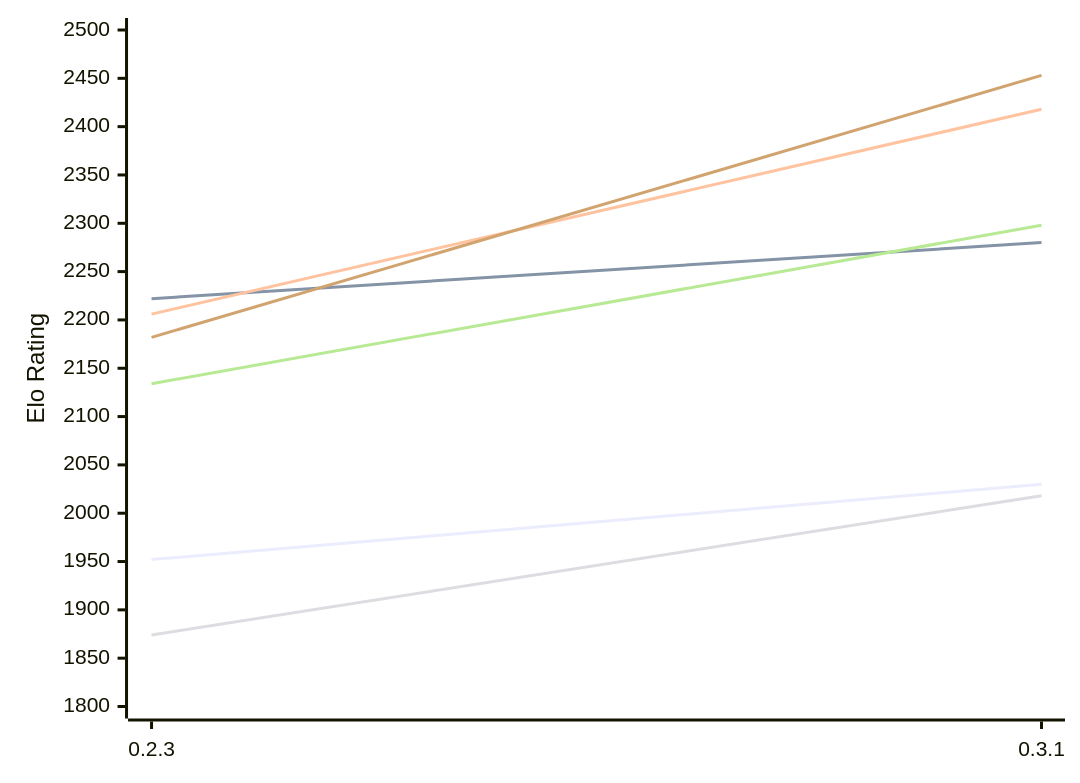
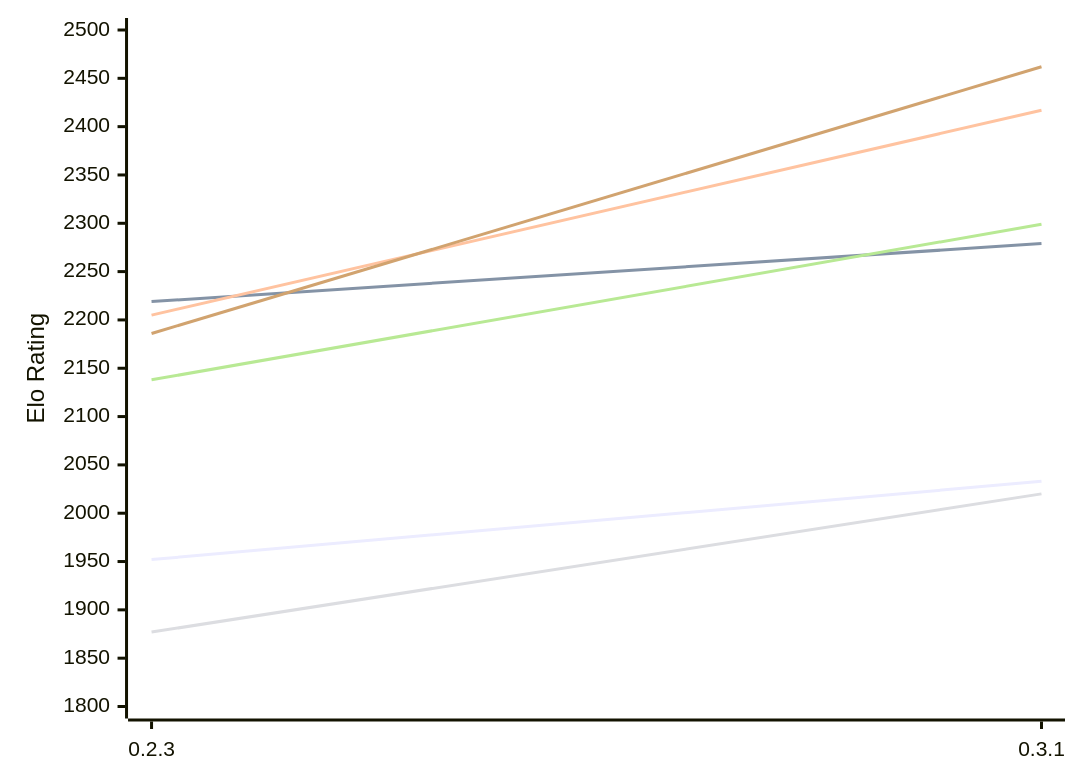
Before and after one commit to computer-chess-index/cci: the first of 2 diagrams in engines/Lolbot.md, drawn with Mermaid. The commit also changed other lines of this file, not shown here.

Commit message:
Update CCI Ratings (ELO VLTC) - 2026-11-23

````diff
--- a/engines/Lolbot.md
+++ b/engines/Lolbot.md
@@ -53,12 +53,12 @@
 ```mermaid
 %%{init: {"theme":"base","themeVariables":{"seriesColors:['#a3a3a3','#222221','#faa371']}}}%%
 xychart-beta
   x-axis ["0.2.3", "0.3.1"]
   y-axis "Elo Rating" 1800 --> 2500
-  line "E1: STC (8.0+0.08s)" [1952, 2030]
-  line "E1: LTC (60.0+0.60s)" [2222, 2280]
-  line "E1: VLTC (2m24s+1.12s)" [2206, 2418]
-  line "P1: STC (8.0+0.08s)" [1874, 2018]
-  line "P1: LTC (60.0+0.60s)" [2134, 2298]
-  line "P1: VLTC (2m24s+1.12s)" [2182, 2453]
+  line "E1: STC (8.0+0.08s)" [1952, 2033]
+  line "E1: LTC (60.0+0.60s)" [2219, 2279]
+  line "E1: VLTC (2m24s+1.12s)" [2205, 2417]
+  line "P1: STC (8.0+0.08s)" [1877, 2020]
+  line "P1: LTC (60.0+0.60s)" [2138, 2299]
+  line "P1: VLTC (2m24s+1.12s)" [2186, 2462]
 ```
````
